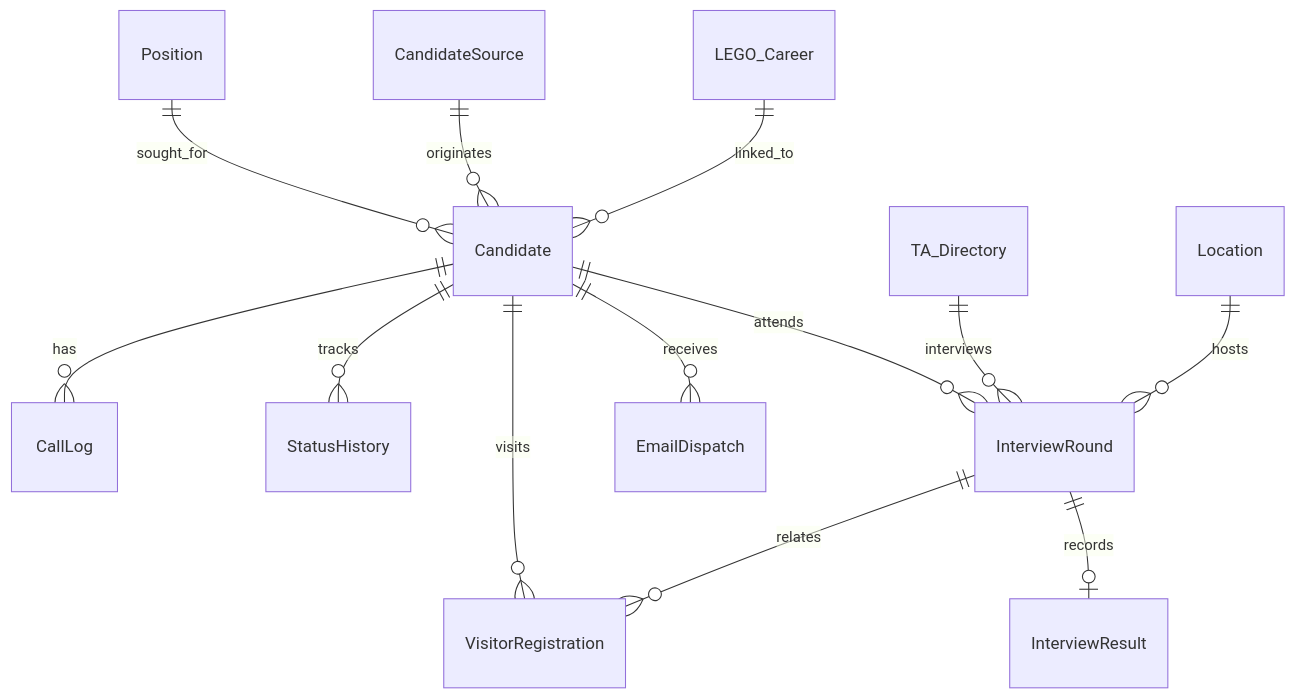
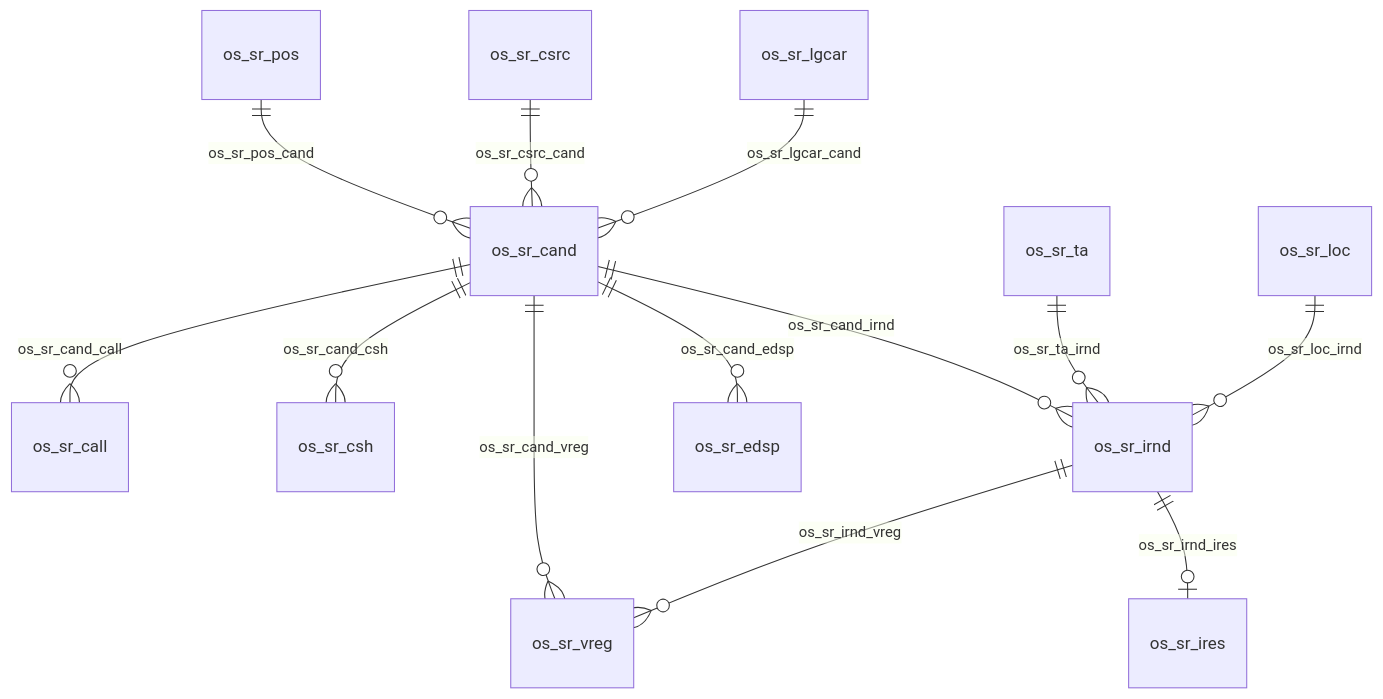
The diagram in docs/DATA_MODEL.md (WillDung/BSO-RS-Support), drawn with Mermaid before and after one commit. The commit also changed other lines of this file and 8 other files, not shown here.

````diff
--- a/docs/DATA_MODEL.md
+++ b/docs/DATA_MODEL.md
@@ -27,15 +69,15 @@
 ```mermaid
 erDiagram
-    Candidate ||--o{ CallLog : has
-    Candidate ||--o{ StatusHistory : tracks
-    Candidate ||--o{ InterviewRound : attends
-    InterviewRound ||--o| InterviewResult : records
-    Candidate ||--o{ EmailDispatch : receives
-    Candidate ||--o{ VisitorRegistration : visits
-    InterviewRound ||--o{ VisitorRegistration : relates
-    TA_Directory ||--o{ InterviewRound : interviews
-    Location ||--o{ InterviewRound : hosts
-    Position ||--o{ Candidate : sought_for
-    CandidateSource ||--o{ Candidate : originates
-    LEGO_Career ||--o{ Candidate : linked_to
+    os_sr_cand ||--o{ os_sr_call : os_sr_cand_call
+    os_sr_cand ||--o{ os_sr_csh : os_sr_cand_csh
+    os_sr_cand ||--o{ os_sr_irnd : os_sr_cand_irnd
+    os_sr_irnd ||--o| os_sr_ires : os_sr_irnd_ires
+    os_sr_cand ||--o{ os_sr_edsp : os_sr_cand_edsp
+    os_sr_cand ||--o{ os_sr_vreg : os_sr_cand_vreg
+    os_sr_irnd ||--o{ os_sr_vreg : os_sr_irnd_vreg
+    os_sr_ta ||--o{ os_sr_irnd : os_sr_ta_irnd
+    os_sr_loc ||--o{ os_sr_irnd : os_sr_loc_irnd
+    os_sr_pos ||--o{ os_sr_cand : os_sr_pos_cand
+    os_sr_csrc ||--o{ os_sr_cand : os_sr_csrc_cand
+    os_sr_lgcar ||--o{ os_sr_cand : os_sr_lgcar_cand
 ```
````
